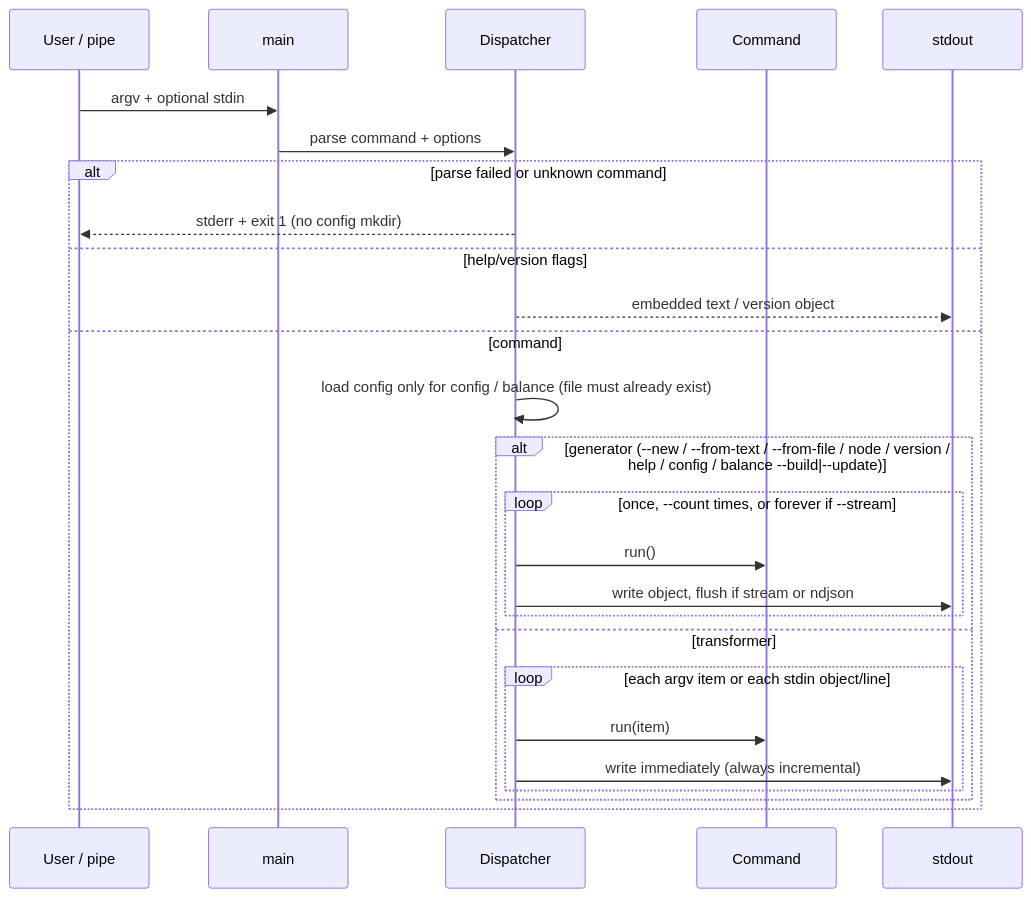
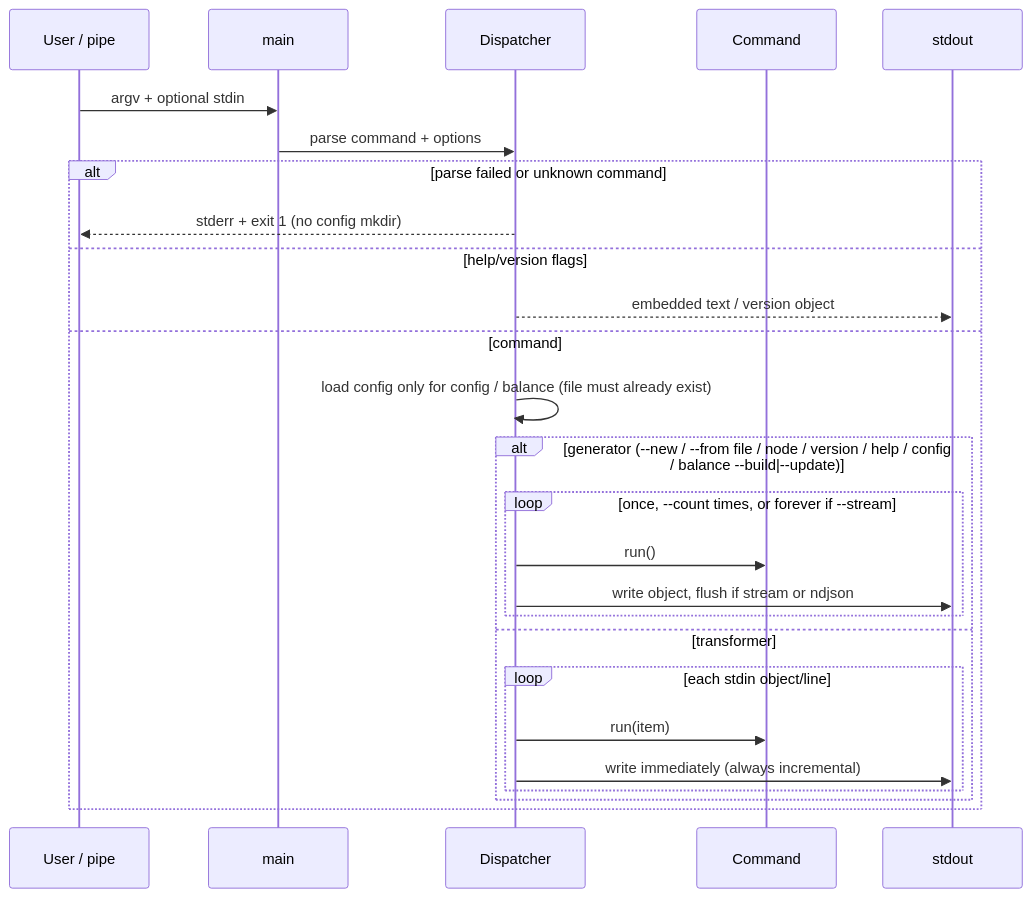
Before and after one commit to bartobri/bitcoin-toolkit: the second of 3 diagrams in REBUILD.md, drawn with Mermaid. The commit also changed other lines of this file and 2 other files, not shown here.

First line of the commit message:
Document the shared stdin-only --from contract in REBUILD.md.

````diff
--- a/REBUILD.md
+++ b/REBUILD.md
@@ -184,29 +185,29 @@
 ```mermaid
 sequenceDiagram
     participant U as User / pipe
     participant M as main
     participant D as Dispatcher
     participant C as Command
     participant O as stdout
 
     U->>M: argv + optional stdin
     M->>D: parse command + options
     alt parse failed or unknown command
         D-->>U: stderr + exit 1 (no config mkdir)
     else help/version flags
         D-->>O: embedded text / version object
     else command
         D->>D: load config only for config / balance (file must already exist)
-        alt generator (--new / --from-text / --from-file / node / version / help / config / balance --build|--update)
+        alt generator (--new / --from file / node / version / help / config / balance --build|--update)
             loop once, --count times, or forever if --stream
                 D->>C: run()
                 D->>O: write object, flush if stream or ndjson
             end
         else transformer
-            loop each argv item or each stdin object/line
+            loop each stdin object/line
                 D->>C: run(item)
                 D->>O: write immediately (always incremental)
             end
         end
     end
 ```
````
